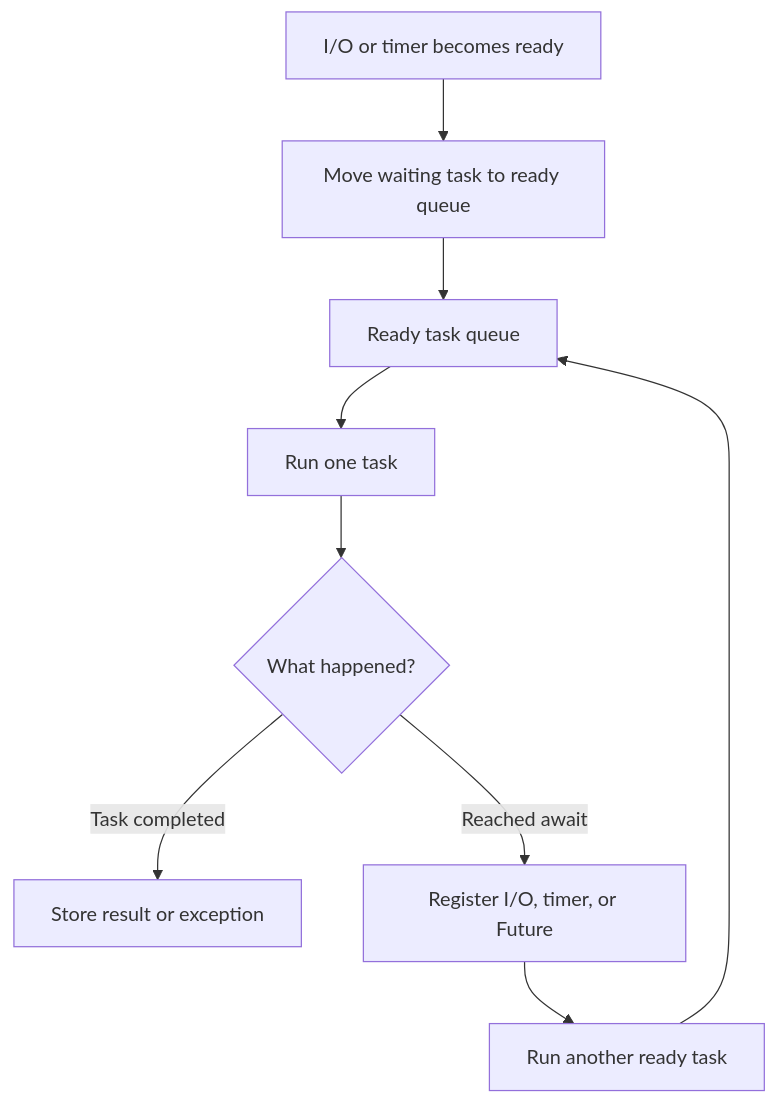
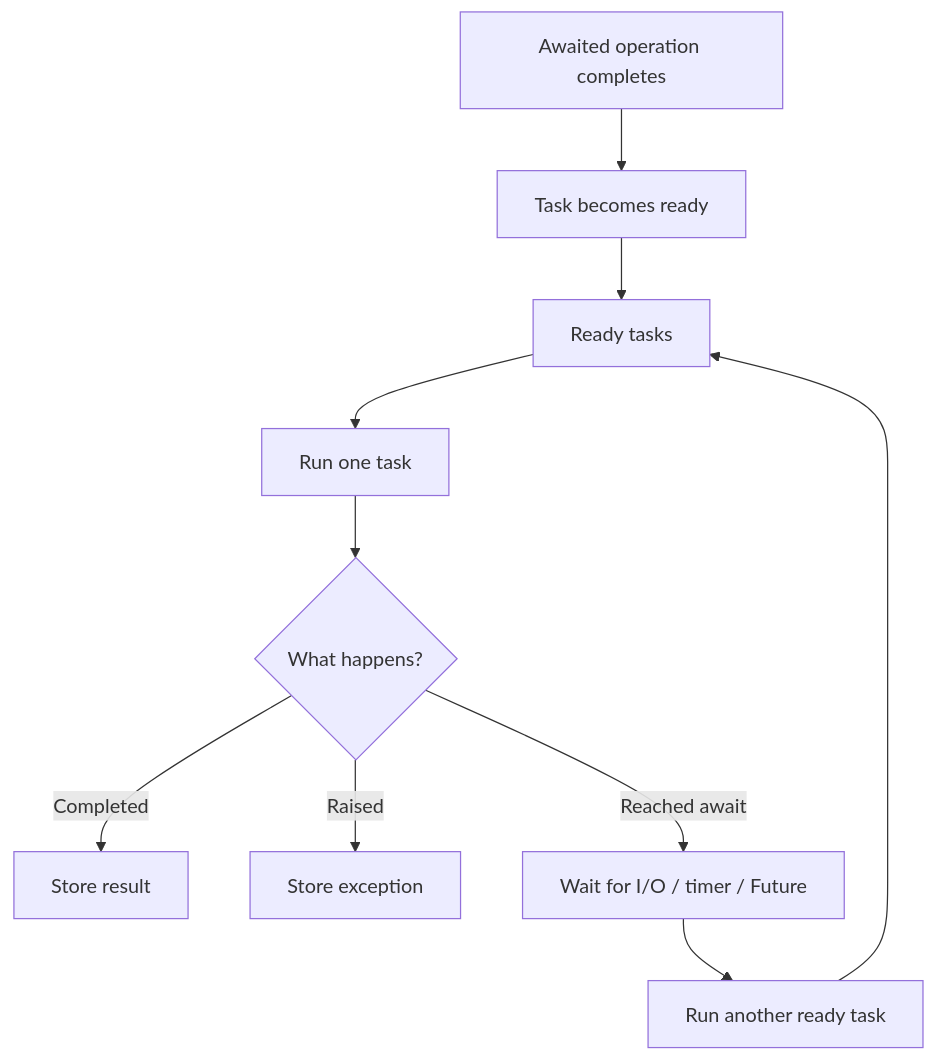
Before and after one commit to AvadhBhalodiya/Interview-Preparation: the second of 4 diagrams in src/content/python/async-await-event-loop.md, drawn with Mermaid. The commit also changed other lines of this file and 80 other files, not shown here.

````diff
--- a/src/content/python/async-await-event-loop.md
+++ b/src/content/python/async-await-event-loop.md
@@ -21,11 +119,12 @@
 ```mermaid
 flowchart TD
-    A[Ready task queue] --> B[Run one task]
-    B --> C{What happened?}
-    C -->|Task completed| D[Store result or exception]
-    C -->|Reached await| E[Register I/O, timer, or Future]
-    E --> F[Run another ready task]
-    F --> A
-    G[I/O or timer becomes ready] --> H[Move waiting task to ready queue]
-    H --> A
+    A[Ready tasks] --> B[Run one task]
+    B --> C{What happens?}
+    C -->|Completed| D[Store result]
+    C -->|Raised| E[Store exception]
+    C -->|Reached await| F[Wait for I/O / timer / Future]
+    F --> G[Run another ready task]
+    G --> A
+    H[Awaited operation completes] --> I[Task becomes ready]
+    I --> A
 ```
````
